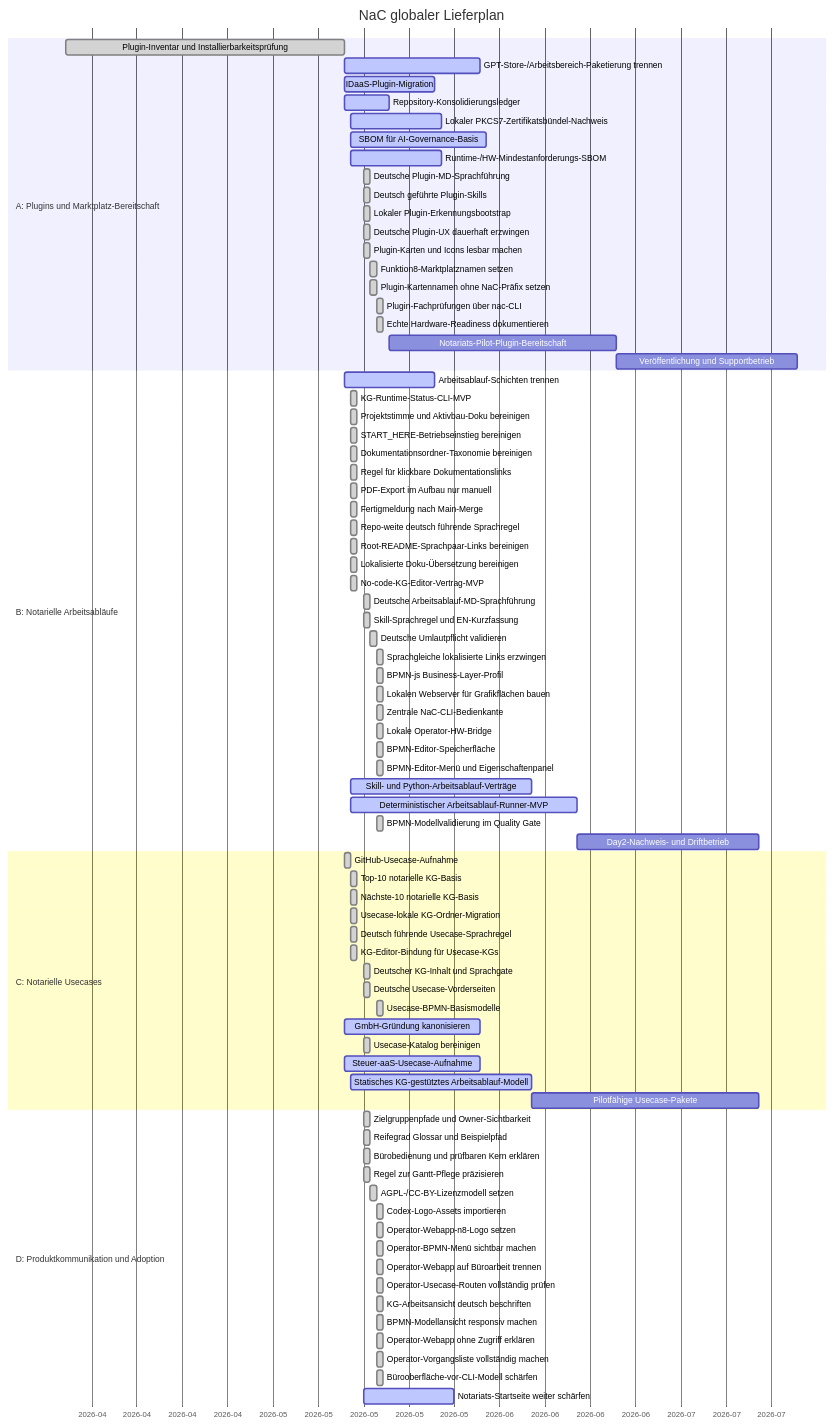
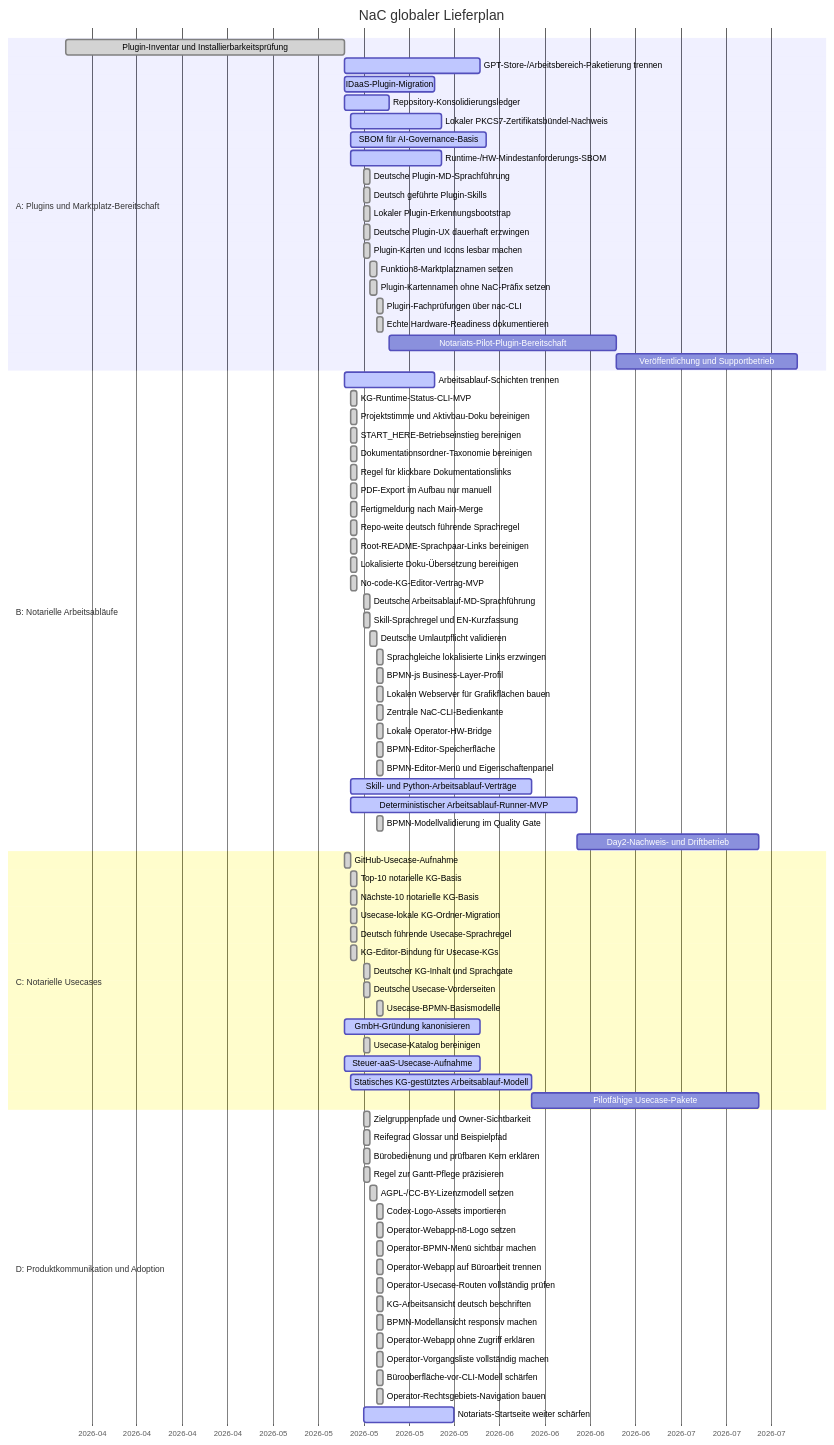
One commit to notariat8/NaC changed the diagram in roadmap/GANTT.md. Above: the diagram before and after it, drawn with Mermaid. The commit also changed other lines of this file and 5 other files, not shown here.

````diff
--- a/roadmap/GANTT.md
+++ b/roadmap/GANTT.md
@@ -97,5 +97,6 @@
     Operator-Webapp ohne Zugriff erklären        :done,    d1l, 2026-05-19, 1d
     Operator-Vorgangsliste vollständig machen    :done,    d1m, 2026-05-19, 1d
     Bürooberfläche-vor-CLI-Modell schärfen       :done,    d1n, 2026-05-19, 1d
+    Operator-Rechtsgebiets-Navigation bauen      :done,    d1o, 2026-05-19, 1d
     Notariats-Startseite weiter schärfen        :active,  d2, 2026-05-17, 14d
 ```
````
